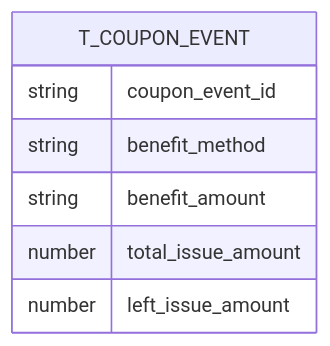
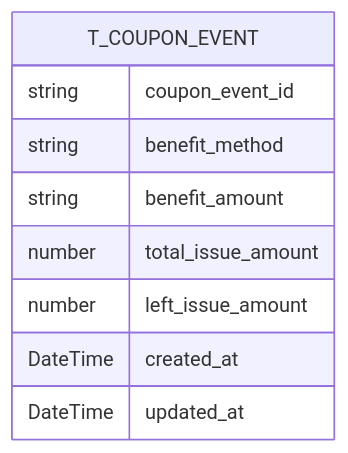
The fourth of 6 diagrams in docs/system-design/03-erd.md (citron0137/Voyage-Shop), drawn with Mermaid before and after one commit. The commit also changed other lines of this file and 1 other file, not shown here.

````diff
--- a/docs/system-design/03-erd.md
+++ b/docs/system-design/03-erd.md
@@ -52,10 +58,12 @@
 ```mermaid
 erDiagram
     T_COUPON_EVENT {
         string coupon_event_id
         string benefit_method 
         string benefit_amount
         number total_issue_amount
         number left_issue_amount
+        DateTime created_at
+        DateTime updated_at
     }
 ```
````
